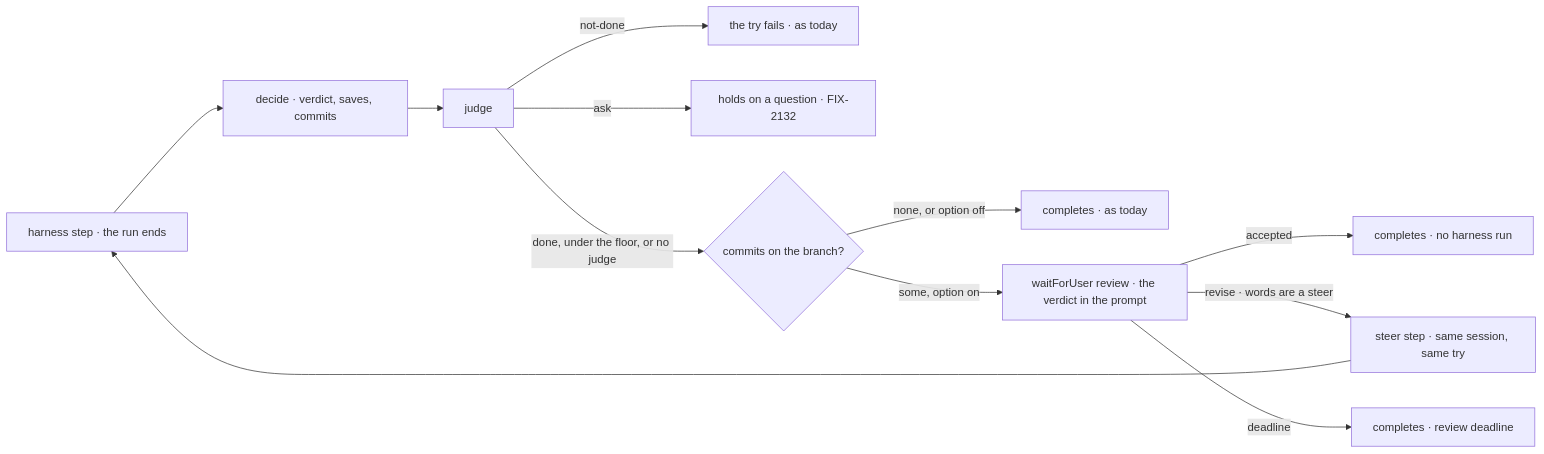
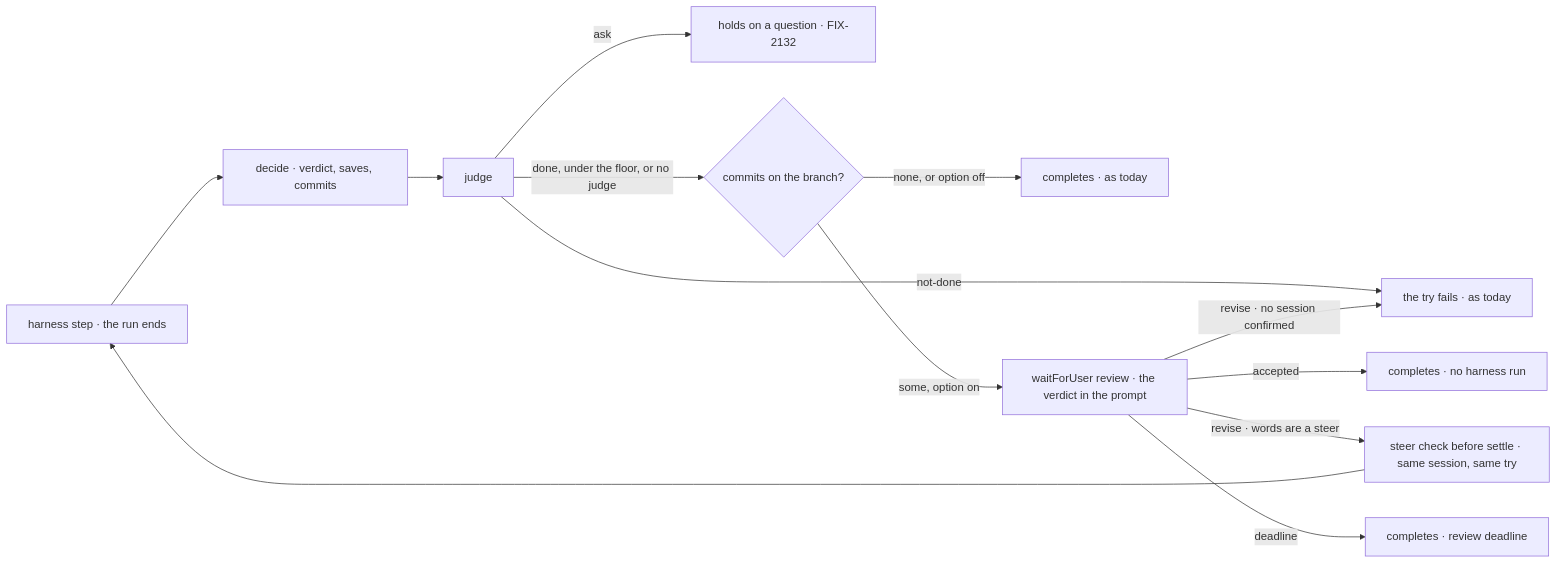
The second of 2 diagrams in specs/issues/FIX-2163/SPEC.md (fixpoint-labs/flow-state-dev), drawn with Mermaid before and after one commit. The commit also changed other lines of this file and 2 other files, not shown here.

First line of the commit message:
FIX-2163 spec: review as its own step before the steer check; revision path per architect

````diff
--- a/specs/issues/FIX-2163/SPEC.md
+++ b/specs/issues/FIX-2163/SPEC.md
@@ -105,14 +105,15 @@
 ```mermaid
 flowchart LR
   R["harness step · the run ends"] --> V["decide · verdict, saves, commits"]
   V --> J["judge"]
   J -->|"not-done"| X["the try fails · as today"]
   J -->|"ask"| Q["holds on a question · FIX-2132"]
   J -->|"done, under the floor, or no judge"| C{"commits on the branch?"}
   C -->|"none, or option off"| D["completes · as today"]
   C -->|"some, option on"| W["waitForUser review · the verdict in the prompt"]
   W -->|"accepted"| D2["completes · no harness run"]
-  W -->|"revise · words are a steer"| S["steer step · same session, same try"]
+  W -->|"revise · words are a steer"| S["steer check before settle · same session, same try"]
   S --> R
+  W -->|"revise · no session confirmed"| X
   W -->|"deadline"| D3["completes · review deadline"]
 ```
````
